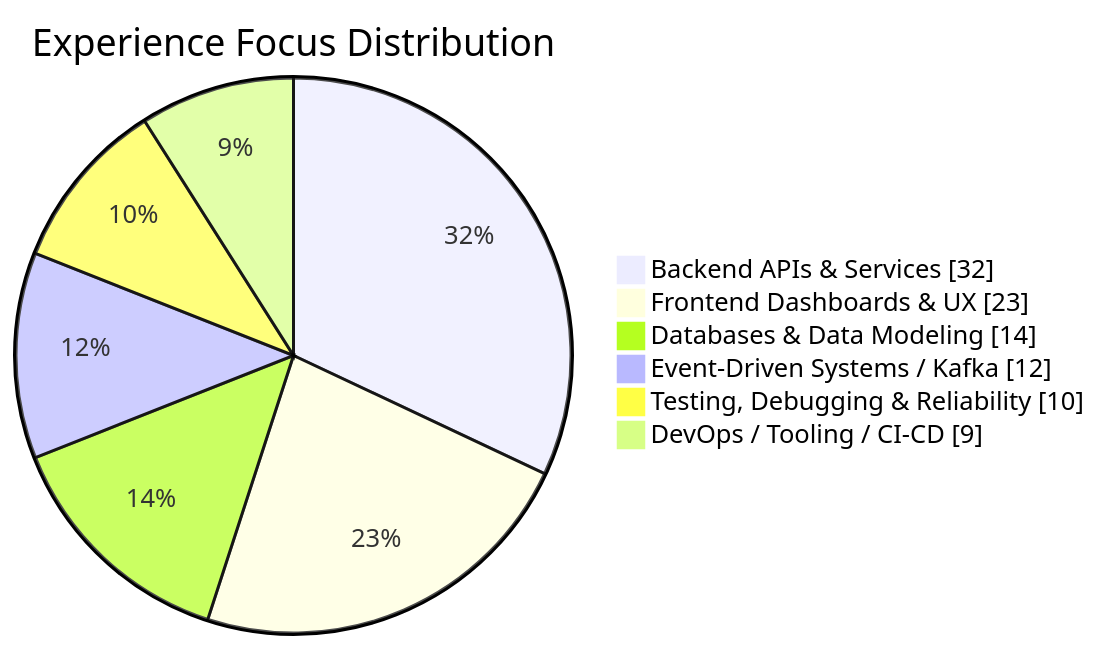
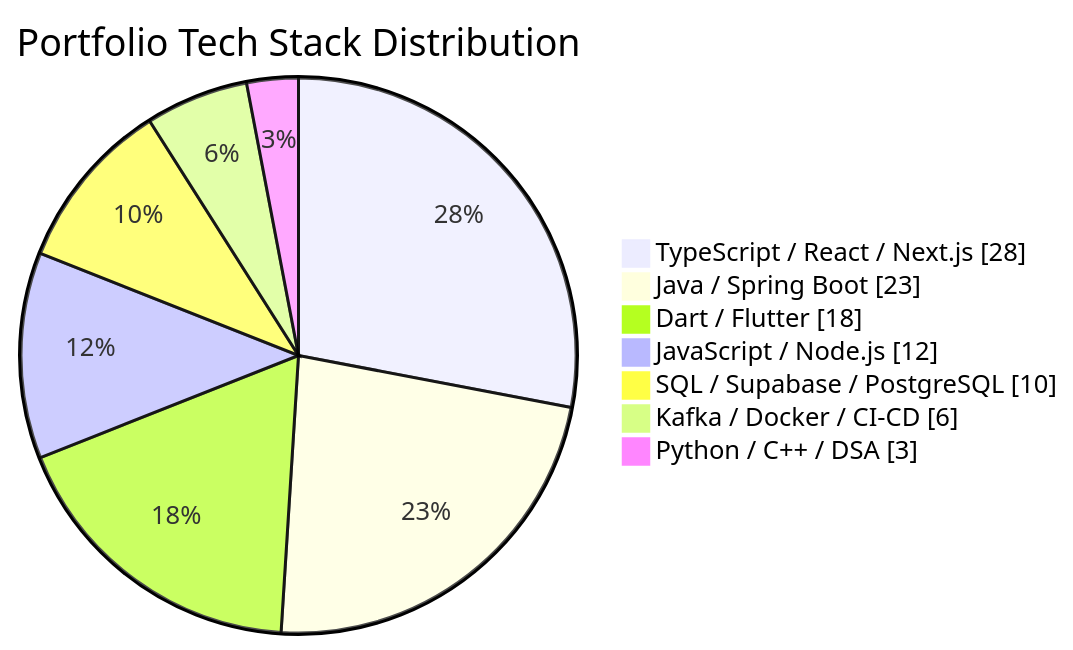
Before and after one commit to ankitraj6767/ankitraj6767: the first of 4 diagrams in README.md, drawn with Mermaid. The commit also changed other lines of this file, not shown here.

Commit message:
Add flagship repo visuals and portfolio tech percentage graph

````diff
--- a/README.md
+++ b/README.md
@@ -120,9 +86,10 @@
 ```mermaid
-pie showData title Experience Focus Distribution
-    "Backend APIs & Services" : 32
-    "Frontend Dashboards & UX" : 23
-    "Databases & Data Modeling" : 14
-    "Event-Driven Systems / Kafka" : 12
-    "Testing, Debugging & Reliability" : 10
-    "DevOps / Tooling / CI-CD" : 9
+pie showData title Portfolio Tech Stack Distribution
+    "TypeScript / React / Next.js" : 28
+    "Java / Spring Boot" : 23
+    "Dart / Flutter" : 18
+    "JavaScript / Node.js" : 12
+    "SQL / Supabase / PostgreSQL" : 10
+    "Kafka / Docker / CI-CD" : 6
+    "Python / C++ / DSA" : 3
 ```
````
